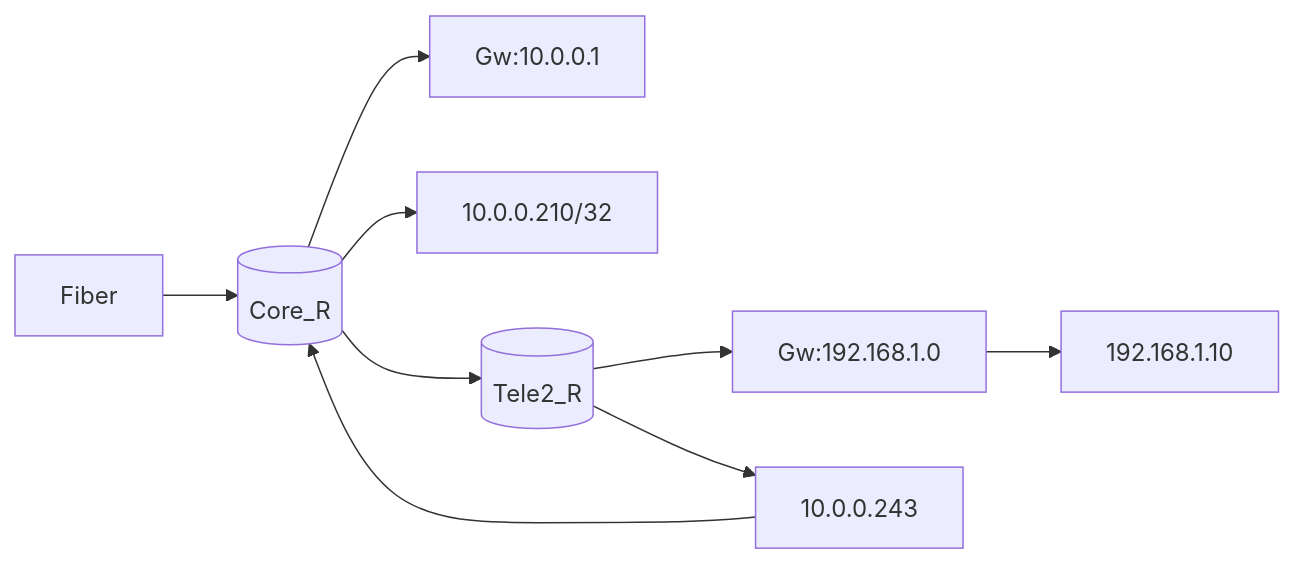
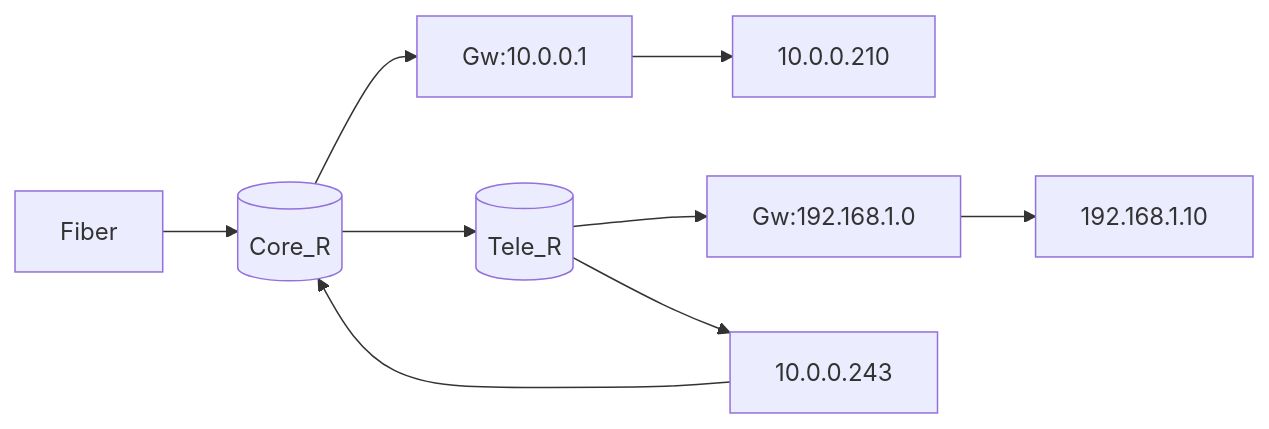
The second of 2 diagrams in Topology.md (notkasim/DOCS), drawn with Mermaid before and after one commit. The commit also changed other lines of this file, not shown here.

````diff
--- a/Topology.md
+++ b/Topology.md
@@ -20,11 +19,10 @@
 ```mermaid
 graph LR;
     id3[(Core_R)]
-    id3-->Gw:10.0.0.1
-    id3-->10.0.0.210/32
+    id4[(Tele_R)]
     Fiber-->id3;
-    id4[(Tele2_R)]
+    id3-->Gw:10.0.0.1-->10.0.0.210
     id3-->id4
     id4-->Gw:192.168.1.0-->192.168.1.10
     id4-->10.0.0.243-->id3
 ```
````
